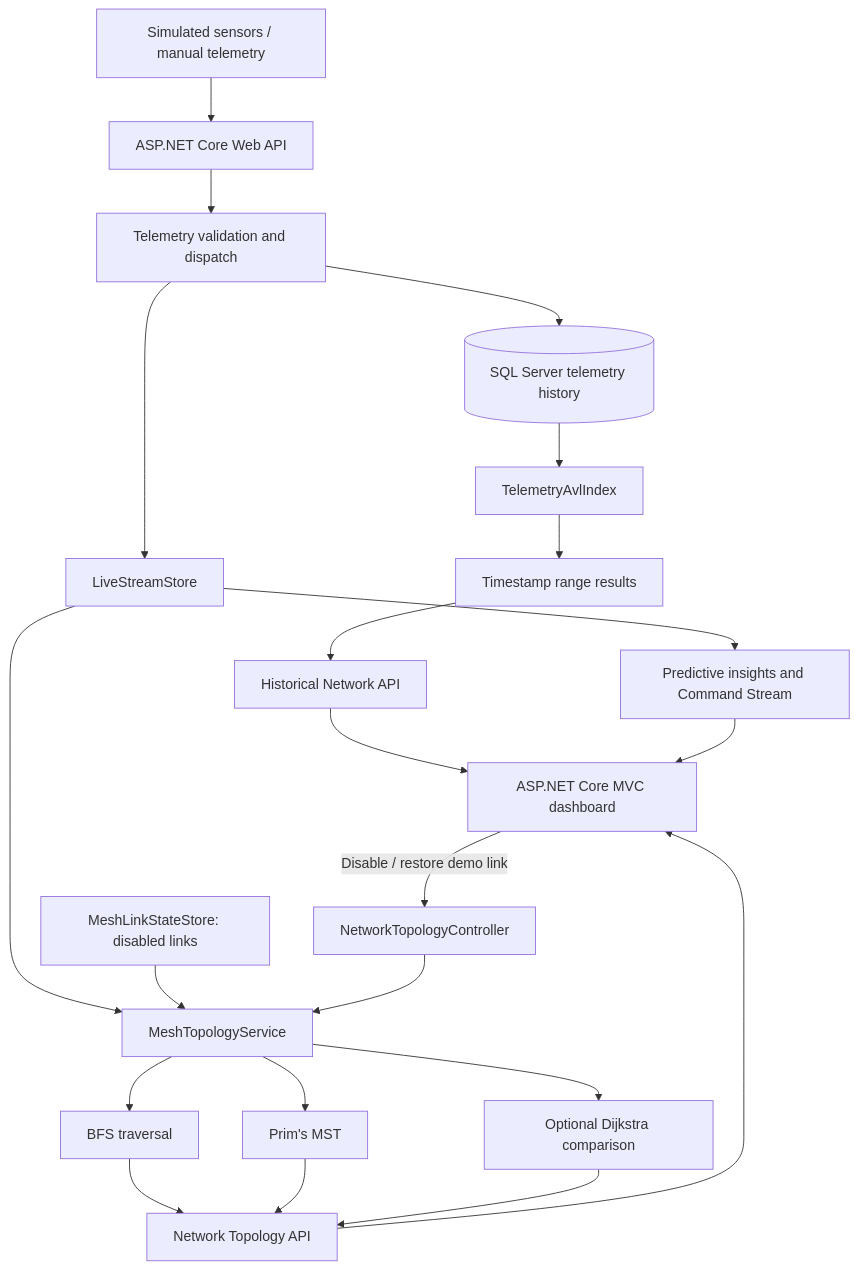
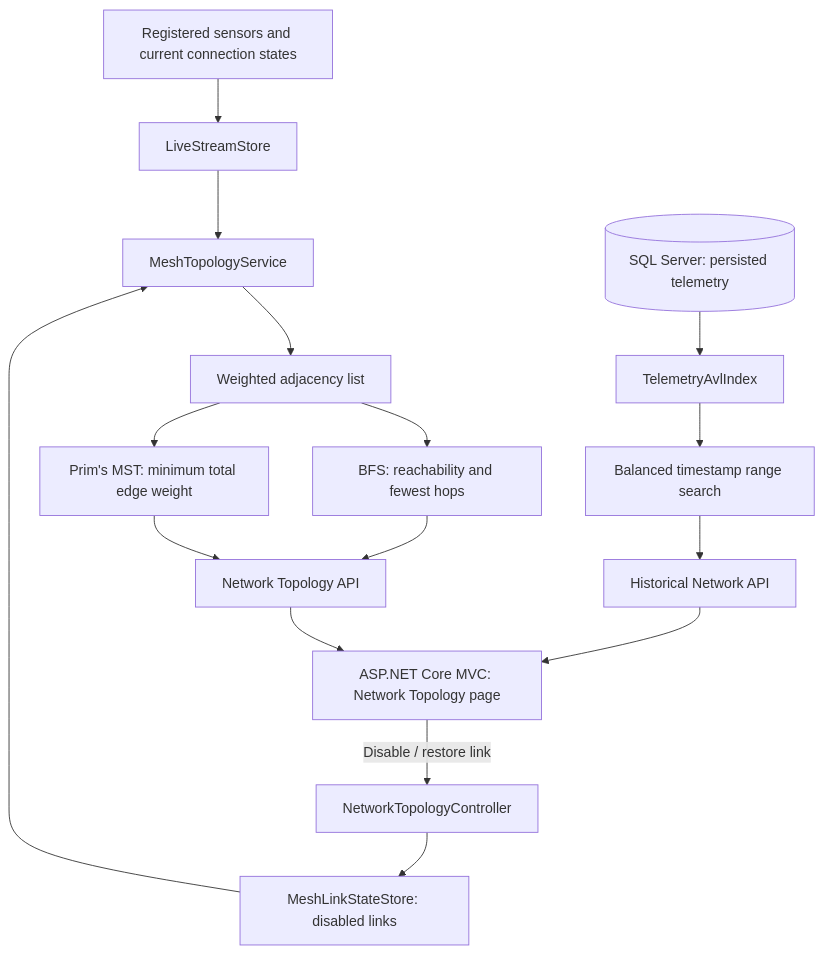
Before and after one commit to Ghanief/practice: the diagram in README.md, drawn with Mermaid. The commit also changed other lines of this file, not shown here.

````diff
--- a/README.md
+++ b/README.md
@@ -48,24 +43,18 @@
 ```mermaid
 flowchart TD
-    A[Simulated sensors / manual telemetry] --> B[ASP.NET Core Web API]
-    B --> C[Telemetry validation and dispatch]
-    C --> D[(SQL Server telemetry history)]
-    C --> E[LiveStreamStore]
-    E --> F[MeshTopologyService]
-    E --> G[Predictive insights and Command Stream]
-    D --> H[TelemetryAvlIndex]
-    F --> I[BFS traversal]
-    F --> J[Prim's MST]
-    F --> K[Optional Dijkstra comparison]
-    H --> L[Timestamp range results]
-    I --> M[Network Topology API]
-    J --> M
-    K --> M
-    L --> N[Historical Network API]
-    M --> O[ASP.NET Core MVC dashboard]
-    N --> O
-    G --> O
-    P[MeshLinkStateStore: disabled links] --> F
-    O -->|Disable / restore demo link| Q[NetworkTopologyController]
-    Q --> F
+    A[Registered sensors and current connection states] --> B[LiveStreamStore]
+    B --> C[MeshTopologyService]
+    D[MeshLinkStateStore: disabled links] --> C
+    C --> E[Weighted adjacency list]
+    E --> F[BFS: reachability and fewest hops]
+    E --> G[Prim's MST: minimum total edge weight]
+    F --> H[Network Topology API]
+    G --> H
+    I[(SQL Server: persisted telemetry)] --> J[TelemetryAvlIndex]
+    J --> K[Balanced timestamp range search]
+    K --> L[Historical Network API]
+    H --> M[ASP.NET Core MVC: Network Topology page]
+    L --> M
+    M -->|Disable / restore link| N[NetworkTopologyController]
+    N --> D
 ```
````
